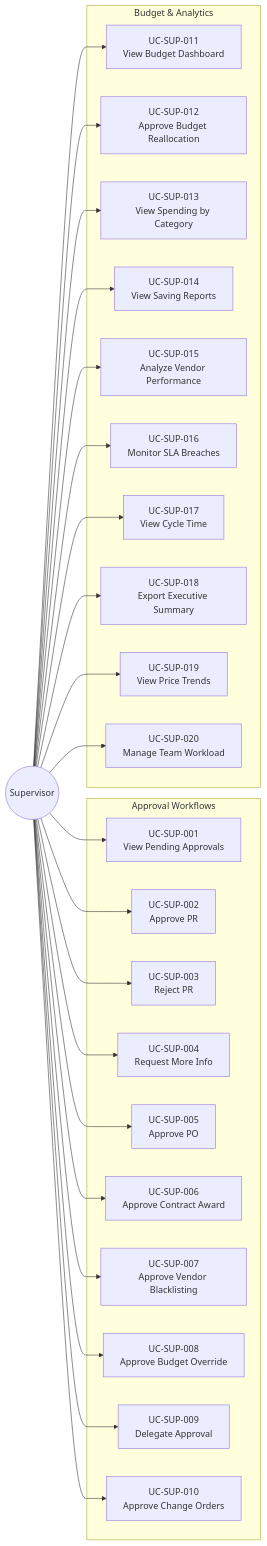
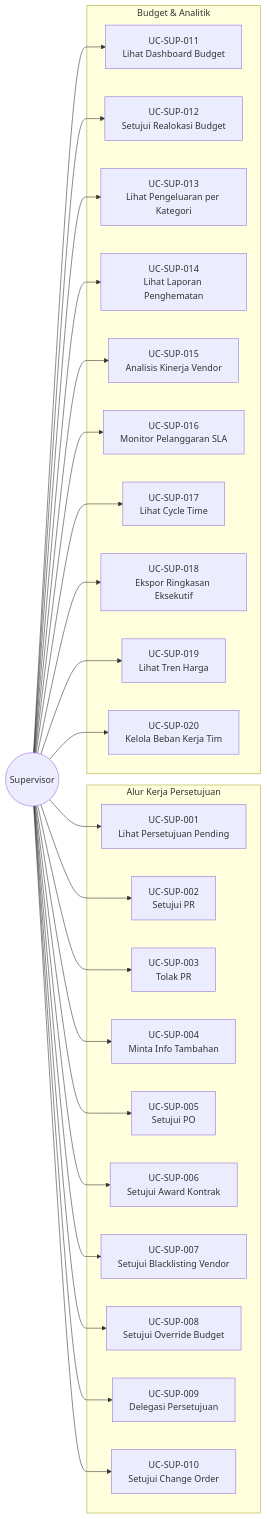
The diagram in use_cases/03_Supervisor/USE_CASE_DIAGRAM.md (Vencore-erp/documentation), drawn with Mermaid before and after one commit. The commit also changed other lines of this file and 16 other files, not shown here.

````diff
--- a/use_cases/03_Supervisor/USE_CASE_DIAGRAM.md
+++ b/use_cases/03_Supervisor/USE_CASE_DIAGRAM.md
@@ -8,51 +8,51 @@
 ```mermaid
 graph LR
     Supervisor((Supervisor))
 
-    subgraph "Approval Workflows"
-        UC001[UC-SUP-001<br/>View Pending Approvals]
-        UC002[UC-SUP-002<br/>Approve PR]
-        UC003[UC-SUP-003<br/>Reject PR]
-        UC004[UC-SUP-004<br/>Request More Info]
-        UC005[UC-SUP-005<br/>Approve PO]
-        UC006[UC-SUP-006<br/>Approve Contract Award]
-        UC007[UC-SUP-007<br/>Approve Vendor Blacklisting]
-        UC008[UC-SUP-008<br/>Approve Budget Override]
-        UC009[UC-SUP-009<br/>Delegate Approval]
-        UC010[UC-SUP-010<br/>Approve Change Orders]
+    subgraph "Alur Kerja Persetujuan"
+        UC001[UC-SUP-001<br/>Lihat Persetujuan Pending]
+        UC002[UC-SUP-002<br/>Setujui PR]
+        UC003[UC-SUP-003<br/>Tolak PR]
+        UC004[UC-SUP-004<br/>Minta Info Tambahan]
+        UC005[UC-SUP-005<br/>Setujui PO]
+        UC006[UC-SUP-006<br/>Setujui Award Kontrak]
+        UC007[UC-SUP-007<br/>Setujui Blacklisting Vendor]
+        UC008[UC-SUP-008<br/>Setujui Override Budget]
+        UC009[UC-SUP-009<br/>Delegasi Persetujuan]
+        UC010[UC-SUP-010<br/>Setujui Change Order]
     end
 
-    subgraph "Budget & Analytics"
-        UC011[UC-SUP-011<br/>View Budget Dashboard]
-        UC012[UC-SUP-012<br/>Approve Budget Reallocation]
-        UC013[UC-SUP-013<br/>View Spending by Category]
-        UC014[UC-SUP-014<br/>View Saving Reports]
-        UC015[UC-SUP-015<br/>Analyze Vendor Performance]
-        UC016[UC-SUP-016<br/>Monitor SLA Breaches]
-        UC017[UC-SUP-017<br/>View Cycle Time]
-        UC018[UC-SUP-018<br/>Export Executive Summary]
-        UC019[UC-SUP-019<br/>View Price Trends]
-        UC020[UC-SUP-020<br/>Manage Team Workload]
+    subgraph "Budget & Analitik"
+        UC011[UC-SUP-011<br/>Lihat Dashboard Budget]
+        UC012[UC-SUP-012<br/>Setujui Realokasi Budget]
+        UC013[UC-SUP-013<br/>Lihat Pengeluaran per Kategori]
+        UC014[UC-SUP-014<br/>Lihat Laporan Penghematan]
+        UC015[UC-SUP-015<br/>Analisis Kinerja Vendor]
+        UC016[UC-SUP-016<br/>Monitor Pelanggaran SLA]
+        UC017[UC-SUP-017<br/>Lihat Cycle Time]
+        UC018[UC-SUP-018<br/>Ekspor Ringkasan Eksekutif]
+        UC019[UC-SUP-019<br/>Lihat Tren Harga]
+        UC020[UC-SUP-020<br/>Kelola Beban Kerja Tim]
     end
 
     Supervisor --> UC001
     Supervisor --> UC002
     Supervisor --> UC003
     Supervisor --> UC004
     Supervisor --> UC005
     Supervisor --> UC006
     Supervisor --> UC007
     Supervisor --> UC008
     Supervisor --> UC009
     Supervisor --> UC010
     Supervisor --> UC011
     Supervisor --> UC012
     Supervisor --> UC013
     Supervisor --> UC014
     Supervisor --> UC015
     Supervisor --> UC016
     Supervisor --> UC017
     Supervisor --> UC018
     Supervisor --> UC019
     Supervisor --> UC020
 ```
````
